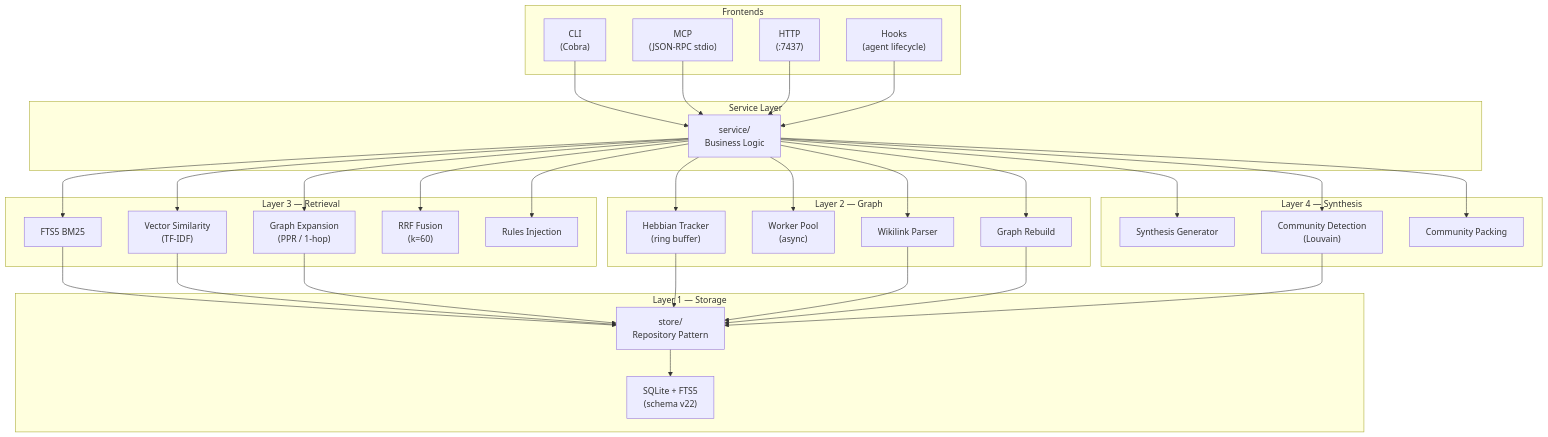
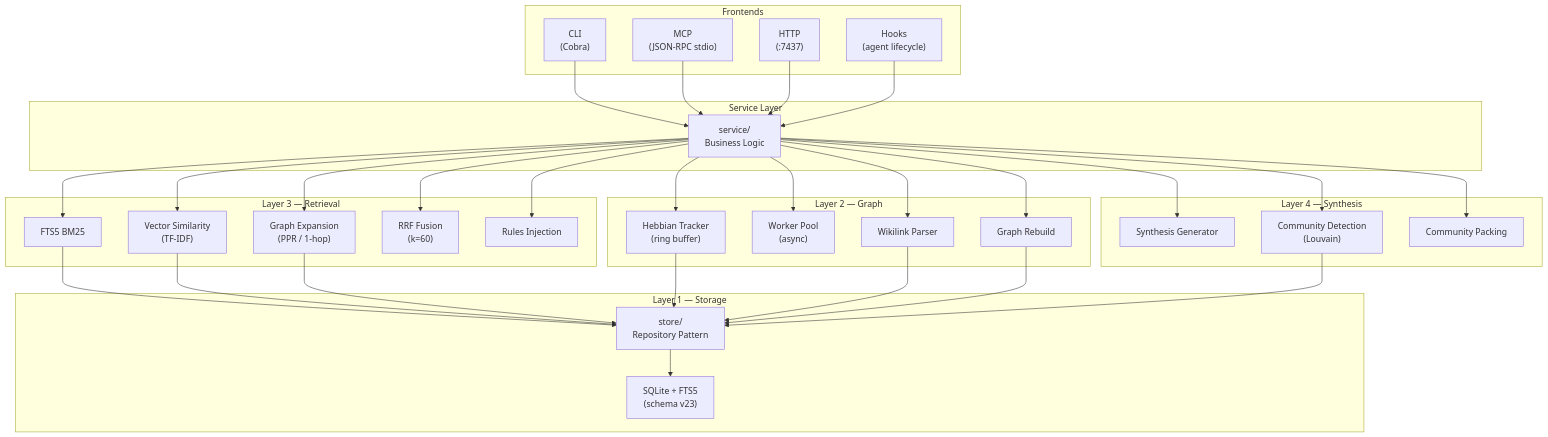
Before and after one commit to wirvii/mneme: the first of 11 diagrams in docs/ARCHITECTURE.md, drawn with Mermaid. The commit also changed other lines of this file and 7 other files, not shown here.

````diff
--- a/docs/ARCHITECTURE.md
+++ b/docs/ARCHITECTURE.md
@@ -47,69 +47,69 @@
 ```mermaid
 graph TB
     subgraph Frontends
         CLI["CLI<br/>(Cobra)"]
         MCP["MCP<br/>(JSON-RPC stdio)"]
         HTTP["HTTP<br/>(:7437)"]
         HOOKS["Hooks<br/>(agent lifecycle)"]
     end
 
     subgraph "Service Layer"
         SVC["service/<br/>Business Logic"]
     end
 
     subgraph "Layer 4 — Synthesis"
         SYNTH["Synthesis Generator"]
         COMM["Community Detection<br/>(Louvain)"]
         CPAK["Community Packing"]
     end
 
     subgraph "Layer 3 — Retrieval"
         FTS["FTS5 BM25"]
         VEC["Vector Similarity<br/>(TF-IDF)"]
         PPR["Graph Expansion<br/>(PPR / 1-hop)"]
         RRF["RRF Fusion<br/>(k=60)"]
         RULES["Rules Injection"]
     end
 
     subgraph "Layer 2 — Graph"
         HEBB["Hebbian Tracker<br/>(ring buffer)"]
         WORKER["Worker Pool<br/>(async)"]
         WLINK["Wikilink Parser"]
         RBLD["Graph Rebuild"]
     end
 
     subgraph "Layer 1 — Storage"
         STORE["store/<br/>Repository Pattern"]
-        DB["SQLite + FTS5<br/>(schema v22)"]
+        DB["SQLite + FTS5<br/>(schema v23)"]
     end
 
     CLI --> SVC
     MCP --> SVC
     HTTP --> SVC
     HOOKS --> SVC
 
     SVC --> SYNTH
     SVC --> COMM
     SVC --> CPAK
 
     SVC --> FTS
     SVC --> VEC
     SVC --> PPR
     SVC --> RRF
     SVC --> RULES
 
     SVC --> HEBB
     SVC --> WORKER
     SVC --> WLINK
     SVC --> RBLD
 
     FTS --> STORE
     VEC --> STORE
     PPR --> STORE
     HEBB --> STORE
     WLINK --> STORE
     RBLD --> STORE
     COMM --> STORE
 
     STORE --> DB
 ```
````
